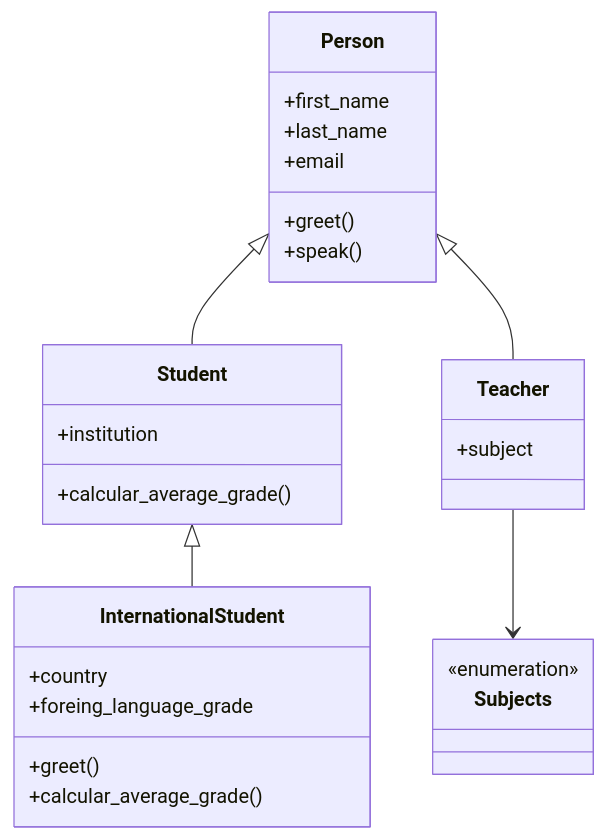
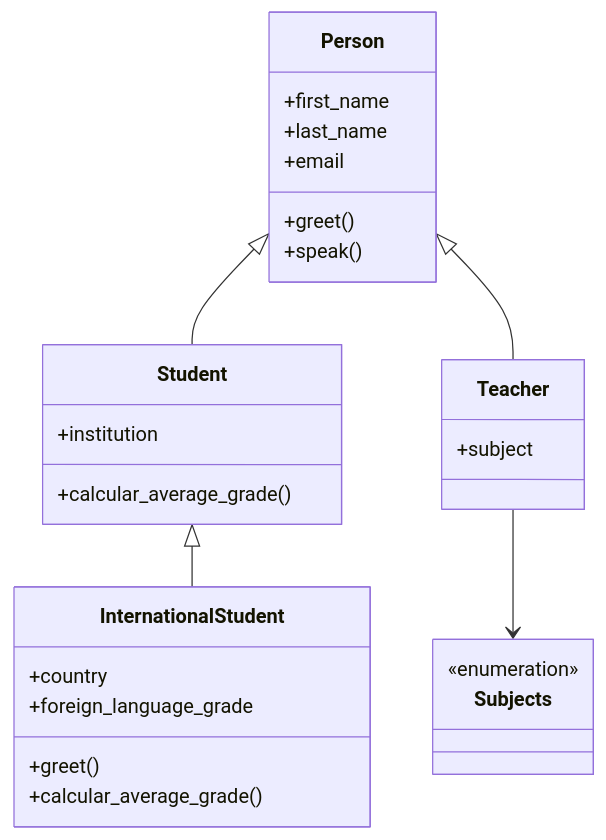
Before and after one commit to AndresPampa/pytonic: the first of 3 diagrams in README.md, drawn with Mermaid. The commit also changed other lines of this file, not shown here.

````diff
--- a/README.md
+++ b/README.md
@@ -111,31 +173,31 @@
 ```mermaid
 classDiagram
     class Person {
         +first_name
         +last_name
         +email
         +greet()
         +speak()
     }
     class Student {
         +institution
         +calcular_average_grade()
     }
     class Teacher {
         +subject
     }
     class InternationalStudent {
         +country
-        +foreing_language_grade
+        +foreign_language_grade
         +greet()
         +calcular_average_grade()
     }
     class Subjects {
         <<enumeration>>
     }
 
     Person <|-- Student
     Person <|-- Teacher
     Student <|-- InternationalStudent
     Teacher --> Subjects
 ```
````
